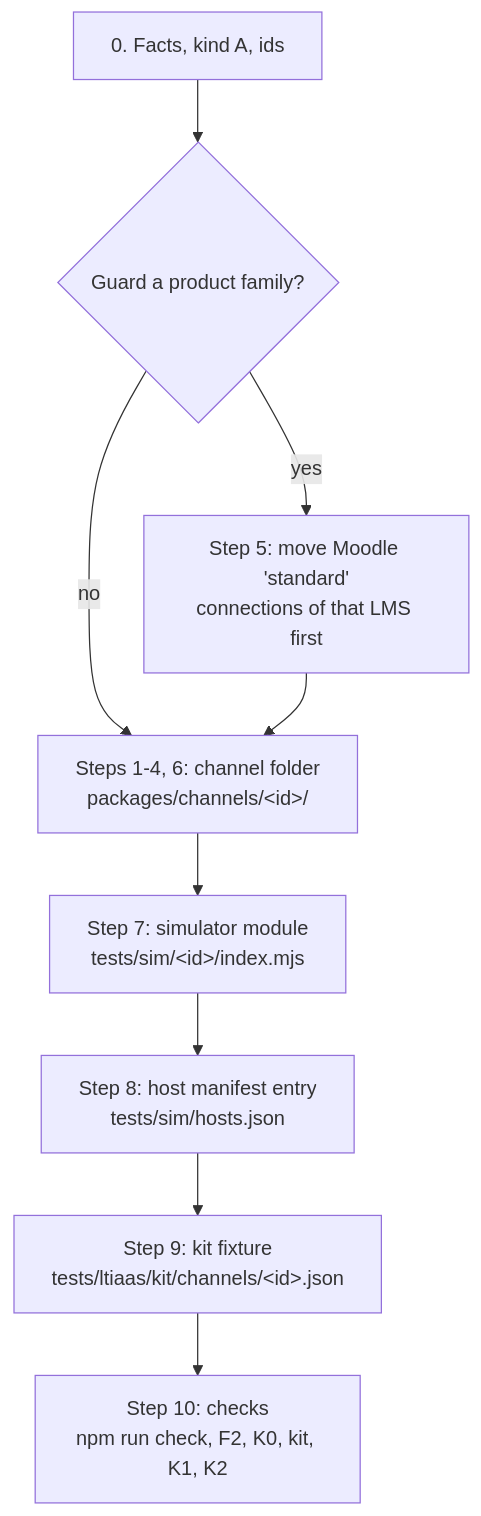
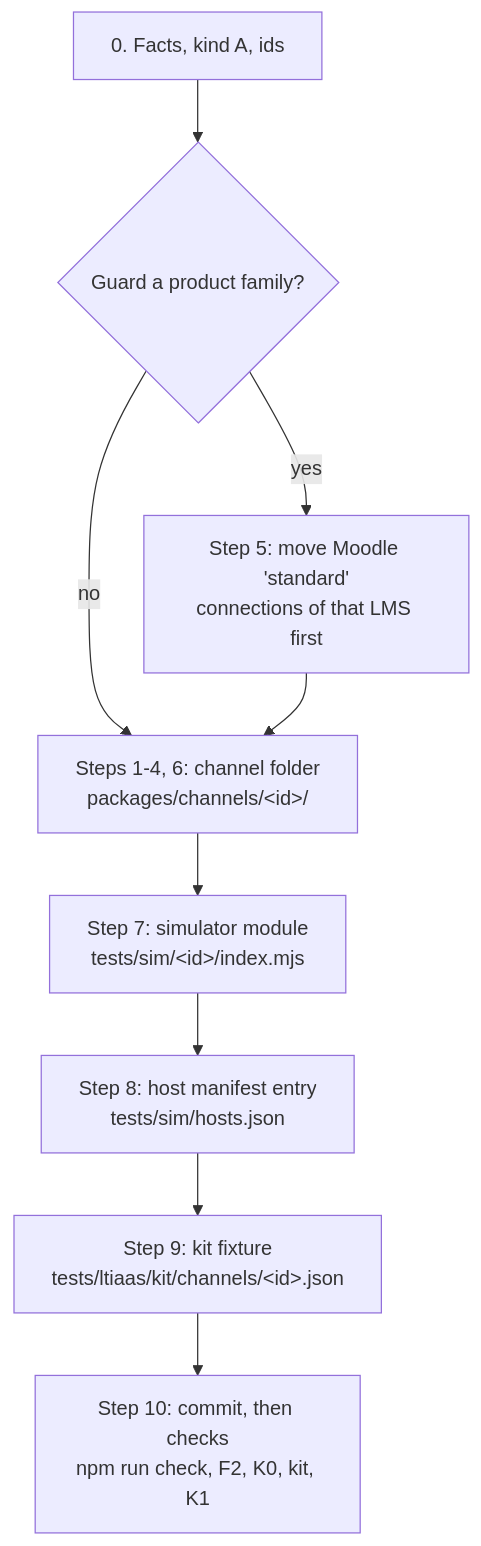
The diagram in docs/guides/ltiaas/add-a-channel.md (nguyenthanhquang152/cogniate_moodle_integration_prototype), drawn with Mermaid before and after one commit. The commit also changed other lines of this file, not shown here.

````diff
--- a/docs/guides/ltiaas/add-a-channel.md
+++ b/docs/guides/ltiaas/add-a-channel.md
@@ -61,11 +61,11 @@
 ```mermaid
 flowchart TD
   F[0. Facts, kind A, ids] --> G{Guard a product family?}
   G -->|yes| M[Step 5: move Moodle 'standard'<br/>connections of that LMS first]
   G -->|no| C
   M --> C[Steps 1-4, 6: channel folder<br/>packages/channels/&lt;id&gt;/]
   C --> S[Step 7: simulator module<br/>tests/sim/&lt;id&gt;/index.mjs]
   S --> H[Step 8: host manifest entry<br/>tests/sim/hosts.json]
   H --> K[Step 9: kit fixture<br/>tests/ltiaas/kit/channels/&lt;id&gt;.json]
-  K --> X[Step 10: checks<br/>npm run check, F2, K0, kit, K1, K2]
+  K --> X[Step 10: commit, then checks<br/>npm run check, F2, K0, kit, K1]
 ```
````
